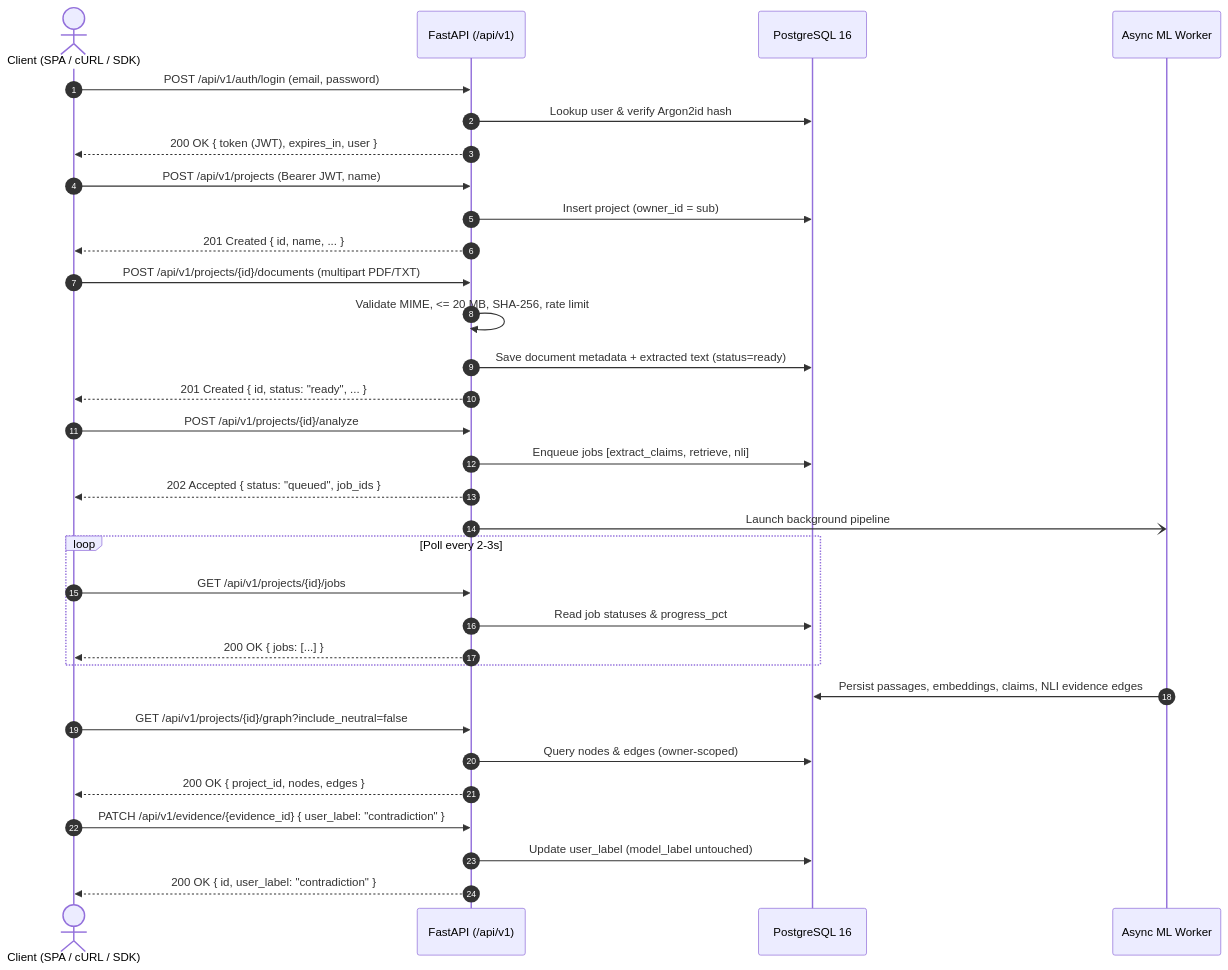
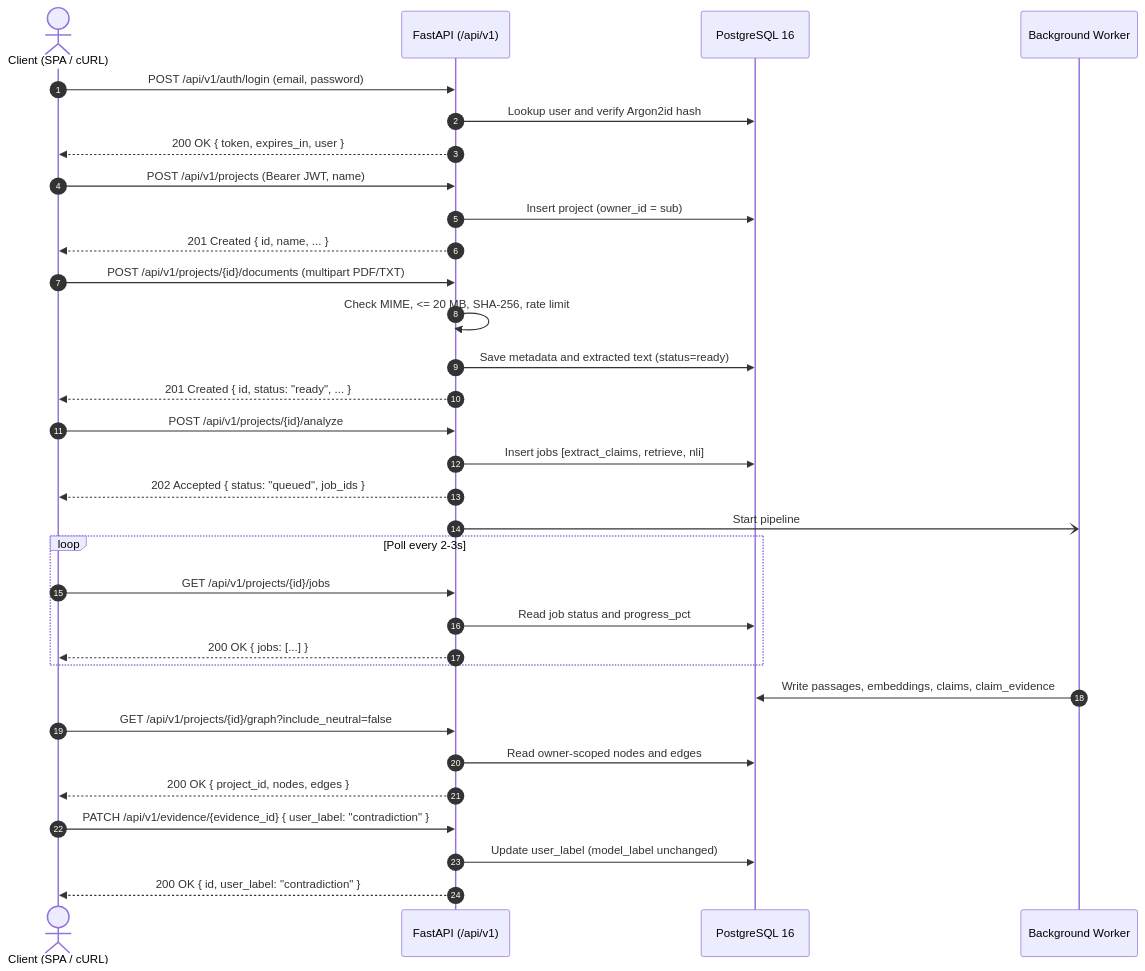
One commit to Turbobodik/diploma changed the third of 3 diagrams in docs/api/guides/architecture.md. Above: the diagram before and after it, drawn with Mermaid. The commit also changed other lines of this file and 12 other files, not shown here.

````diff
--- a/docs/api/guides/architecture.md
+++ b/docs/api/guides/architecture.md
@@ -72,42 +62,42 @@
 ```mermaid
 sequenceDiagram
   autonumber
-  actor Client as Client (SPA / cURL / SDK)
+  actor Client as Client (SPA / cURL)
   participant API as FastAPI (/api/v1)
   participant DB as PostgreSQL 16
-  participant Worker as Async ML Worker
+  participant Worker as Background Worker
 
   Client->>API: POST /api/v1/auth/login (email, password)
-  API->>DB: Lookup user & verify Argon2id hash
-  API-->>Client: 200 OK { token (JWT), expires_in, user }
+  API->>DB: Lookup user and verify Argon2id hash
+  API-->>Client: 200 OK { token, expires_in, user }
 
   Client->>API: POST /api/v1/projects (Bearer JWT, name)
   API->>DB: Insert project (owner_id = sub)
   API-->>Client: 201 Created { id, name, ... }
 
   Client->>API: POST /api/v1/projects/{id}/documents (multipart PDF/TXT)
-  API->>API: Validate MIME, <= 20 MB, SHA-256, rate limit
-  API->>DB: Save document metadata + extracted text (status=ready)
+  API->>API: Check MIME, <= 20 MB, SHA-256, rate limit
+  API->>DB: Save metadata and extracted text (status=ready)
   API-->>Client: 201 Created { id, status: "ready", ... }
 
   Client->>API: POST /api/v1/projects/{id}/analyze
-  API->>DB: Enqueue jobs [extract_claims, retrieve, nli]
+  API->>DB: Insert jobs [extract_claims, retrieve, nli]
   API-->>Client: 202 Accepted { status: "queued", job_ids }
-  API-)Worker: Launch background pipeline
+  API-)Worker: Start pipeline
 
   loop Poll every 2-3s
     Client->>API: GET /api/v1/projects/{id}/jobs
-    API->>DB: Read job statuses & progress_pct
+    API->>DB: Read job status and progress_pct
     API-->>Client: 200 OK { jobs: [...] }
   end
 
-  Worker->>DB: Persist passages, embeddings, claims, NLI evidence edges
+  Worker->>DB: Write passages, embeddings, claims, claim_evidence
 
   Client->>API: GET /api/v1/projects/{id}/graph?include_neutral=false
-  API->>DB: Query nodes & edges (owner-scoped)
+  API->>DB: Read owner-scoped nodes and edges
   API-->>Client: 200 OK { project_id, nodes, edges }
 
   Client->>API: PATCH /api/v1/evidence/{evidence_id} { user_label: "contradiction" }
-  API->>DB: Update user_label (model_label untouched)
+  API->>DB: Update user_label (model_label unchanged)
   API-->>Client: 200 OK { id, user_label: "contradiction" }
 ```
````
